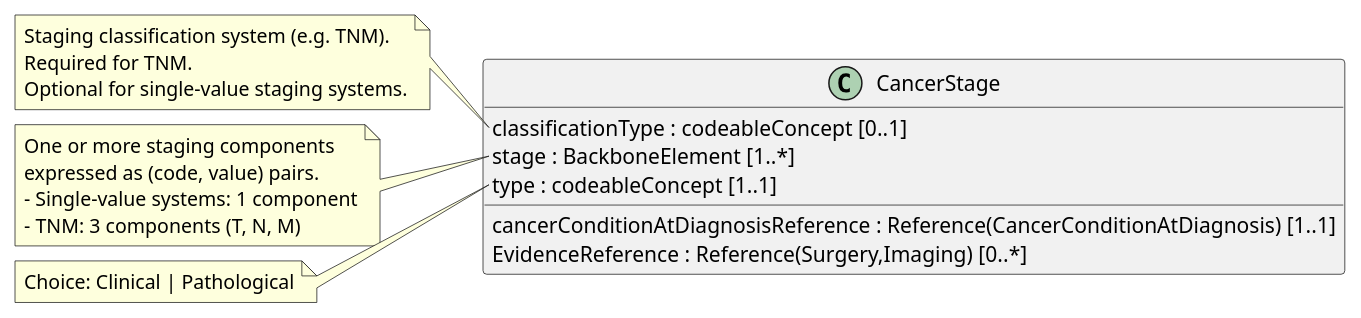
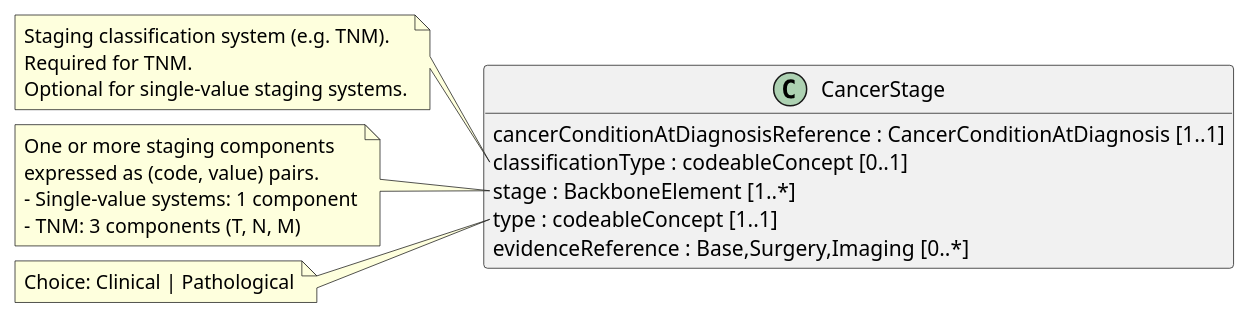
Before and after one commit to hl7-eu/cancer-common: the diagram in input/images-source/CancerStage_LM.plantuml, drawn with PlantUML. The commit also changed 6 other files, not shown here.

```diff
--- a/input/images-source/CancerStage_LM.plantuml
+++ b/input/images-source/CancerStage_LM.plantuml
@@ -1,27 +1,27 @@
 @startuml
 hide empty members
 skinparam classAttributeIconSize 0
 
 class CancerStage {
-  cancerConditionAtDiagnosisReference : Reference(CancerConditionAtDiagnosis) [1..1]
+  cancerConditionAtDiagnosisReference : CancerConditionAtDiagnosis [1..1]
   classificationType : codeableConcept [0..1]
   stage : BackboneElement [1..*]
   type : codeableConcept [1..1]
-  EvidenceReference : Reference(Surgery,Imaging) [0..*]  
+  evidenceReference : Base,Surgery,Imaging [0..*]  
 }
 
 note left of CancerStage::classificationType
 Staging classification system (e.g. TNM).
 Required for TNM.
 Optional for single-value staging systems.
 end note
 note left of CancerStage::stage
 One or more staging components
 expressed as (code, value) pairs.
 - Single-value systems: 1 component
 - TNM: 3 components (T, N, M)
 end note
 note left of CancerStage::type
 Choice: Clinical | Pathological
 end note
 @enduml
```
